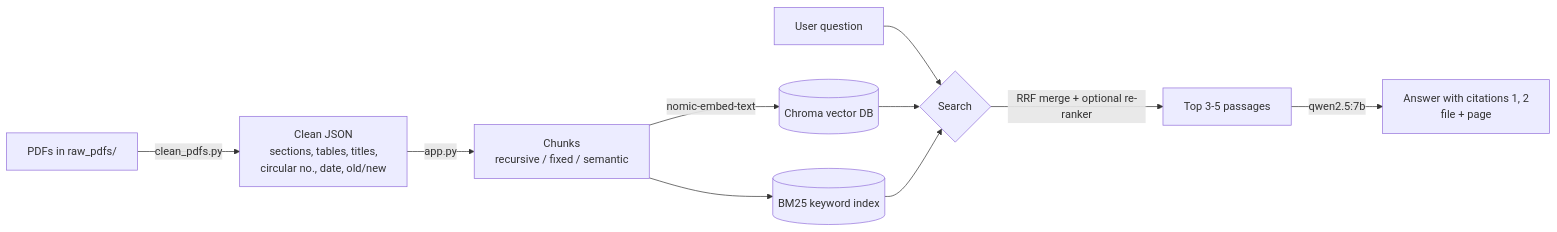
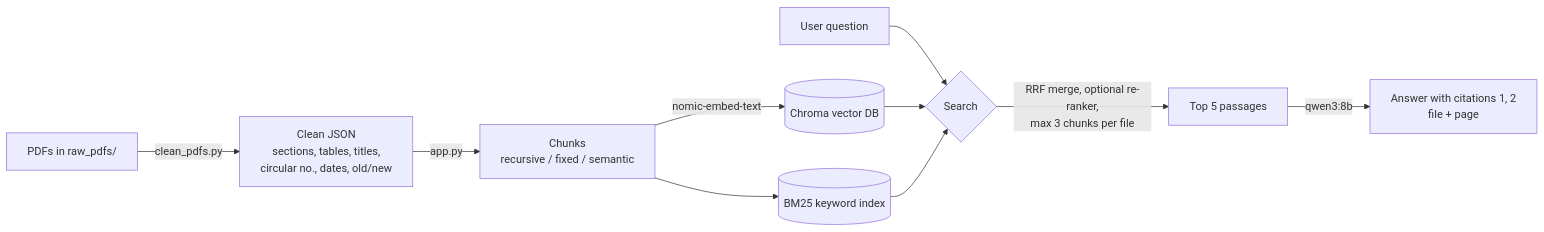
Before and after one commit to krishnaPm2040/RAG: the diagram in README.md, drawn with Mermaid. The commit also changed other lines of this file and 56 other files, not shown here.

````diff
--- a/README.md
+++ b/README.md
@@ -8,12 +13,12 @@
 ```mermaid
 flowchart LR
-    A[PDFs in raw_pdfs/] -->|clean_pdfs.py| B[Clean JSON<br/>sections, tables, titles,<br/>circular no., date, old/new]
+    A[PDFs in raw_pdfs/] -->|clean_pdfs.py| B[Clean JSON<br/>sections, tables, titles,<br/>circular no., dates, old/new]
     B -->|app.py| C[Chunks<br/>recursive / fixed / semantic]
     C -->|nomic-embed-text| D[(Chroma vector DB)]
     C --> E[(BM25 keyword index)]
     Q[User question] --> F{Search}
     D --> F
     E --> F
-    F -->|RRF merge + optional re-ranker| G[Top 3-5 passages]
-    G -->|qwen2.5:7b| H[Answer with citations 1, 2<br/>file + page]
+    F -->|RRF merge, optional re-ranker,<br/>max 3 chunks per file| G[Top 5 passages]
+    G -->|qwen3:8b| H[Answer with citations 1, 2<br/>file + page]
 ```
````
